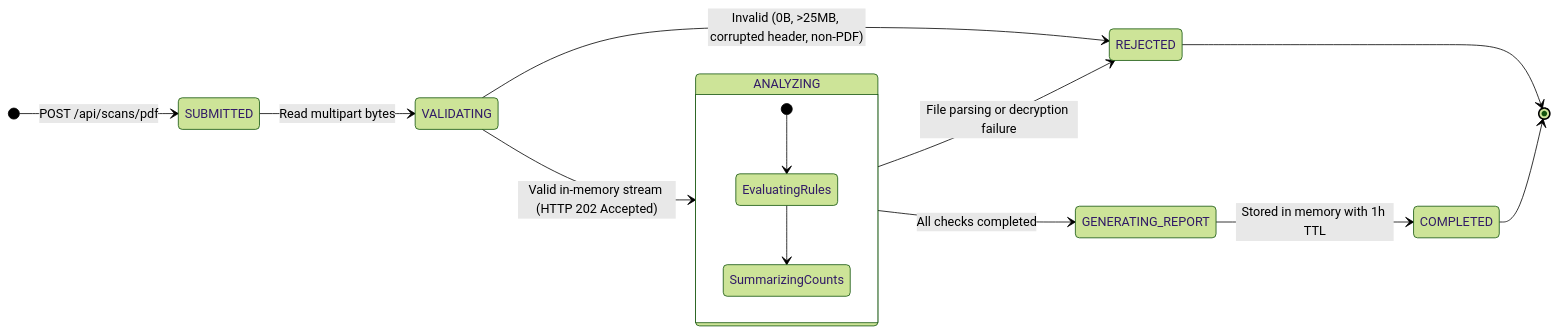
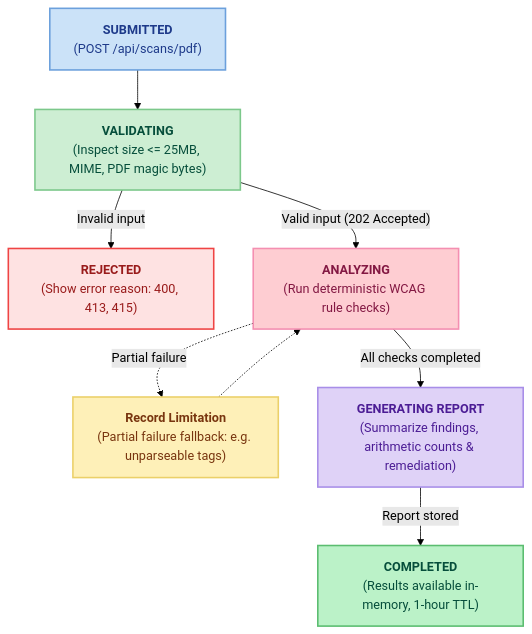
One commit to ibrahimdiallo8741/ada-pdf-accessibility-checker changed the fourth of 4 diagrams in docs/diagrams/README.md. Above: the diagram before and after it, drawn with Mermaid (forest theme). The commit also changed other lines of this file and 1 other file, not shown here.

Commit message:
add diagram updater

````diff
--- a/docs/diagrams/README.md
+++ b/docs/diagrams/README.md
@@ -164,32 +168,35 @@
 ```mermaid
-stateDiagram-v2
-    direction LR
+flowchart TD
+    Submitted["<b>SUBMITTED</b><br/>(POST /api/scans/pdf)"]
+    Validating["<b>VALIDATING</b><br/>(Inspect size <= 25MB, MIME, PDF magic bytes)"]
+    Rejected["<b>REJECTED</b><br/>(Show error reason: 400, 413, 415)"]
+    Analyzing["<b>ANALYZING</b><br/>(Run deterministic WCAG rule checks)"]
+    PartialFail["<b>Record Limitation</b><br/>(Partial failure fallback: e.g. unparseable tags)"]
+    GenReport["<b>GENERATING REPORT</b><br/>(Summarize findings, arithmetic counts & remediation)"]
+    Completed["<b>COMPLETED</b><br/>(Results available in-memory, 1-hour TTL)"]
 
-    [*] --> SUBMITTED: POST /api/scans/pdf
-    SUBMITTED --> VALIDATING: Read multipart bytes
+    Submitted --> Validating
+    Validating -->|"Invalid input"| Rejected
+    Validating -->|"Valid input (202 Accepted)"| Analyzing
+    Analyzing -.->|"Partial failure"| PartialFail
+    PartialFail -.-> Analyzing
+    Analyzing -->|"All checks completed"| GenReport
+    GenReport -->|"Report stored"| Completed
 
-    VALIDATING --> REJECTED: Invalid (0B, >25MB, corrupted header, non-PDF)
-    VALIDATING --> ANALYZING: Valid in-memory stream (HTTP 202 Accepted)
+    %% Styling classes matching architecture_diagram.mmd and scan_workflow.mmd conventions
+    classDef actorStyle fill:#cbe2f8,stroke:#6ca0dc,stroke-width:2px,color:#1e3a8a;
+    classDef validationStyle fill:#cdeed3,stroke:#7cc88b,stroke-width:2px,color:#064e3b;
+    classDef analysisStyle fill:#fecdd2,stroke:#f48fb1,stroke-width:2px,color:#831843;
+    classDef findingStyle fill:#fef0b8,stroke:#ebd069,stroke-width:2px,color:#78350f;
+    classDef apiStyle fill:#dfd2f7,stroke:#a88ee8,stroke-width:2px,color:#4c1d95;
+    classDef storageStyle fill:#bbf2c8,stroke:#5bbd70,stroke-width:2px,color:#064e3b;
+    classDef errorStyle fill:#fee2e2,stroke:#ef4444,stroke-width:2px,color:#991b1b;
 
-    state ANALYZING {
-        [*] --> EvaluatingRules
-        EvaluatingRules --> SummarizingCounts
-    }
-
-    ANALYZING --> REJECTED: File parsing or decryption failure
-    ANALYZING --> GENERATING_REPORT: All checks completed
-    GENERATING_REPORT --> COMPLETED: Stored in memory with 1h TTL
-
-    COMPLETED --> [*]
-    REJECTED --> [*]
-
-    classDef submitted fill:#dbeafe,stroke:#3b82f6,color:#1e3a8a;
-    classDef active fill:#e0e7ff,stroke:#6366f1,color:#312e81;
-    classDef success fill:#dcfce7,stroke:#22c55e,color:#14532d;
-    classDef fail fill:#fee2e2,stroke:#ef4444,color:#991b1b;
-
-    class SUBMITTED submitted;
-    class VALIDATING,ANALYZING,GENERATING_REPORT active;
-    class COMPLETED success;
-    class REJECTED fail;
+    class Submitted actorStyle;
+    class Validating validationStyle;
+    class Analyzing analysisStyle;
+    class Rejected errorStyle;
+    class PartialFail findingStyle;
+    class GenReport apiStyle;
+    class Completed storageStyle;
 ```
````
